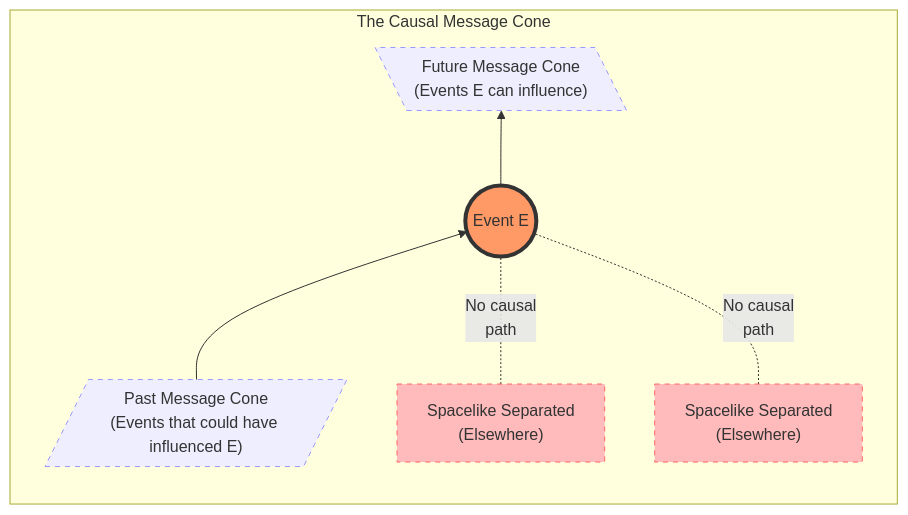
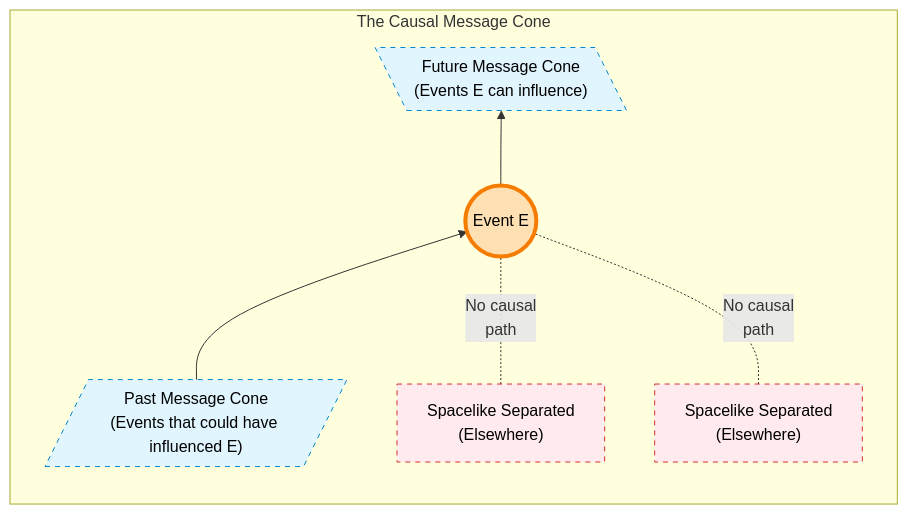
Before and after one commit to ksmeltzer/Parallax: the first of 5 diagrams in README.md, drawn with Mermaid. The commit also changed other lines of this file, not shown here.

Commit message:
Apply universal accessible color palette to Mermaid diagrams

````diff
--- a/README.md
+++ b/README.md
@@ -81,17 +81,17 @@
 ```mermaid
 graph TD
     subgraph "The Causal Message Cone"
         direction BT
         Past[/"Past Message Cone\n(Events that could have influenced E)"/] --> E((Event E))
         E --> Future[\"Future Message Cone\n(Events E can influence)"\]
         
         S1["Spacelike Separated\n(Elsewhere)"] -. "No causal\npath" .- E
         S2["Spacelike Separated\n(Elsewhere)"] -. "No causal\npath" .- E
     end
     
-    style E fill:#f96,stroke:#333,stroke-width:4px
-    style Past fill:#eef,stroke:#99f,stroke-dasharray: 5 5
-    style Future fill:#eef,stroke:#99f,stroke-dasharray: 5 5
-    style S1 fill:#fbb,stroke:#f66,stroke-dasharray: 5 5
-    style S2 fill:#fbb,stroke:#f66,stroke-dasharray: 5 5
+    style E fill:#FFE0B2,stroke:#F57C00,stroke-width:4px,color:#000000
+    style Past fill:#E1F5FE,stroke:#0288D1,stroke-dasharray: 5 5,color:#000000
+    style Future fill:#E1F5FE,stroke:#0288D1,stroke-dasharray: 5 5,color:#000000
+    style S1 fill:#FFEBEE,stroke:#D32F2F,stroke-dasharray: 5 5,color:#000000
+    style S2 fill:#FFEBEE,stroke:#D32F2F,stroke-dasharray: 5 5,color:#000000
 ```
````
